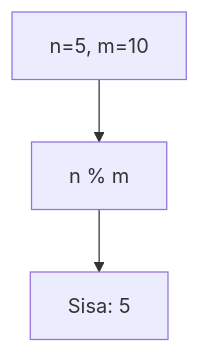
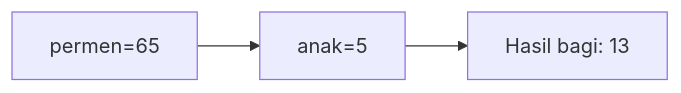
Before and after one commit to amnahwaida/OSNK_INF_PREP: the fifth of 25 diagrams in part-c-pemahaman-cpp/01-tipe-data/latihan/set-07.md, drawn with Mermaid. The commit also changed other lines of this file and 71 other files, not shown here.

````diff
--- a/part-c-pemahaman-cpp/01-tipe-data/latihan/set-07.md
+++ b/part-c-pemahaman-cpp/01-tipe-data/latihan/set-07.md
@@ -130,5 +137,5 @@
 ```mermaid
-graph TD
-A["n=5, m=10"] --> B["n % m"]
-B --> C["Sisa: 5"]
+graph LR
+A["permen=65"] --> B["anak=5"]
+B --> C["Hasil bagi: 13"]
 ```
````
